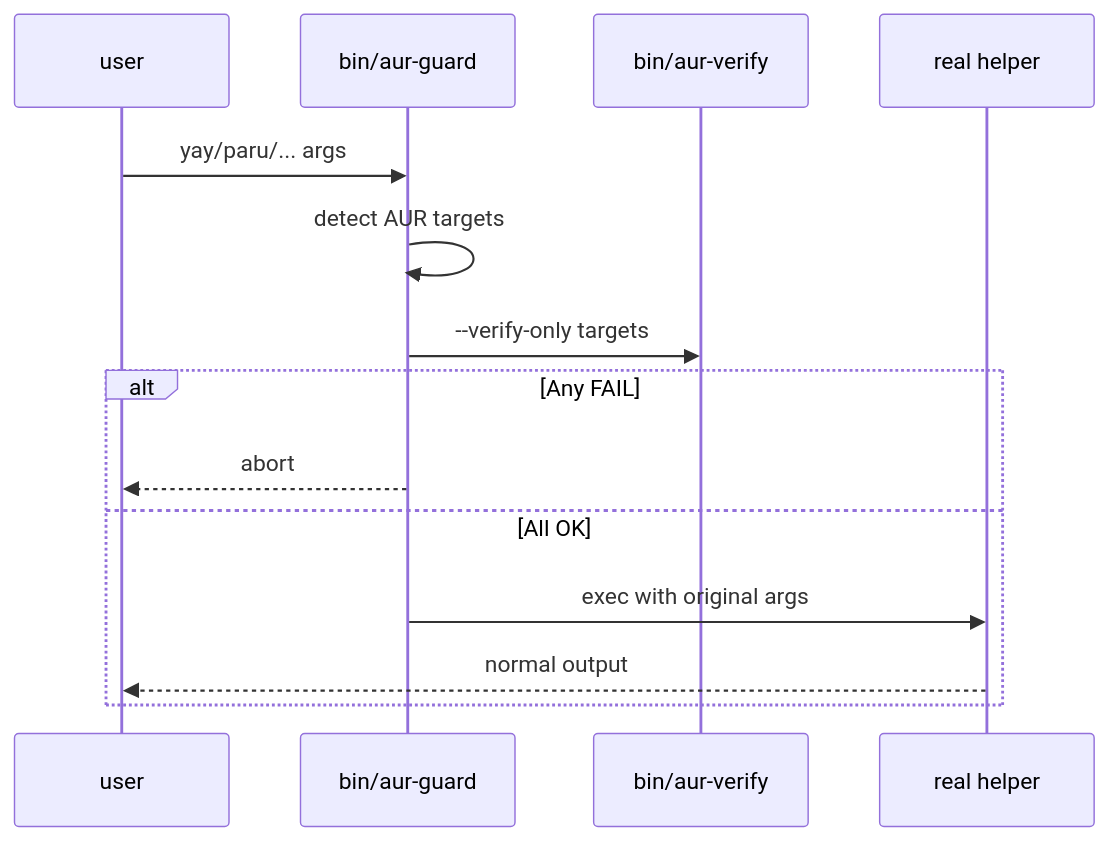
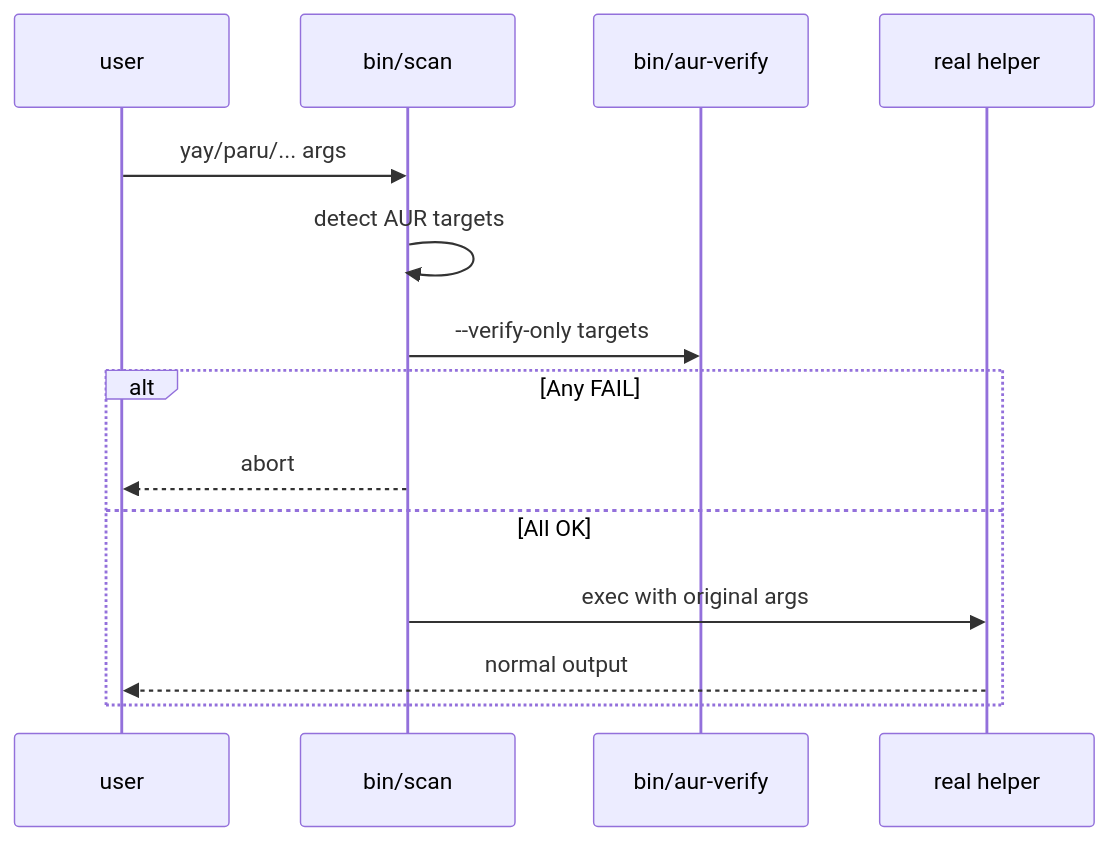
Before and after one commit to LuigiD5555/aur_scanner: the sixth of 15 diagrams in docs/developer/README.dev.md, drawn with Mermaid. The commit also changed other lines of this file and 1 other file, not shown here.

Commit message:
Expand developer docs with scan wrapper and shim workflow

````diff
--- a/docs/developer/README.dev.md
+++ b/docs/developer/README.dev.md
@@ -277,16 +278,16 @@
 ```mermaid
 sequenceDiagram
     participant User as user
-    participant Guard as bin/aur-guard
+    participant Guard as bin/scan
     participant Verify as bin/aur-verify
     participant Helper as real helper
     User->>Guard: yay/paru/... args
     Guard->>Guard: detect AUR targets
     Guard->>Verify: --verify-only targets
     alt Any FAIL
         Guard-->>User: abort
     else All OK
         Guard->>Helper: exec with original args
         Helper-->>User: normal output
     end
 ```
````
